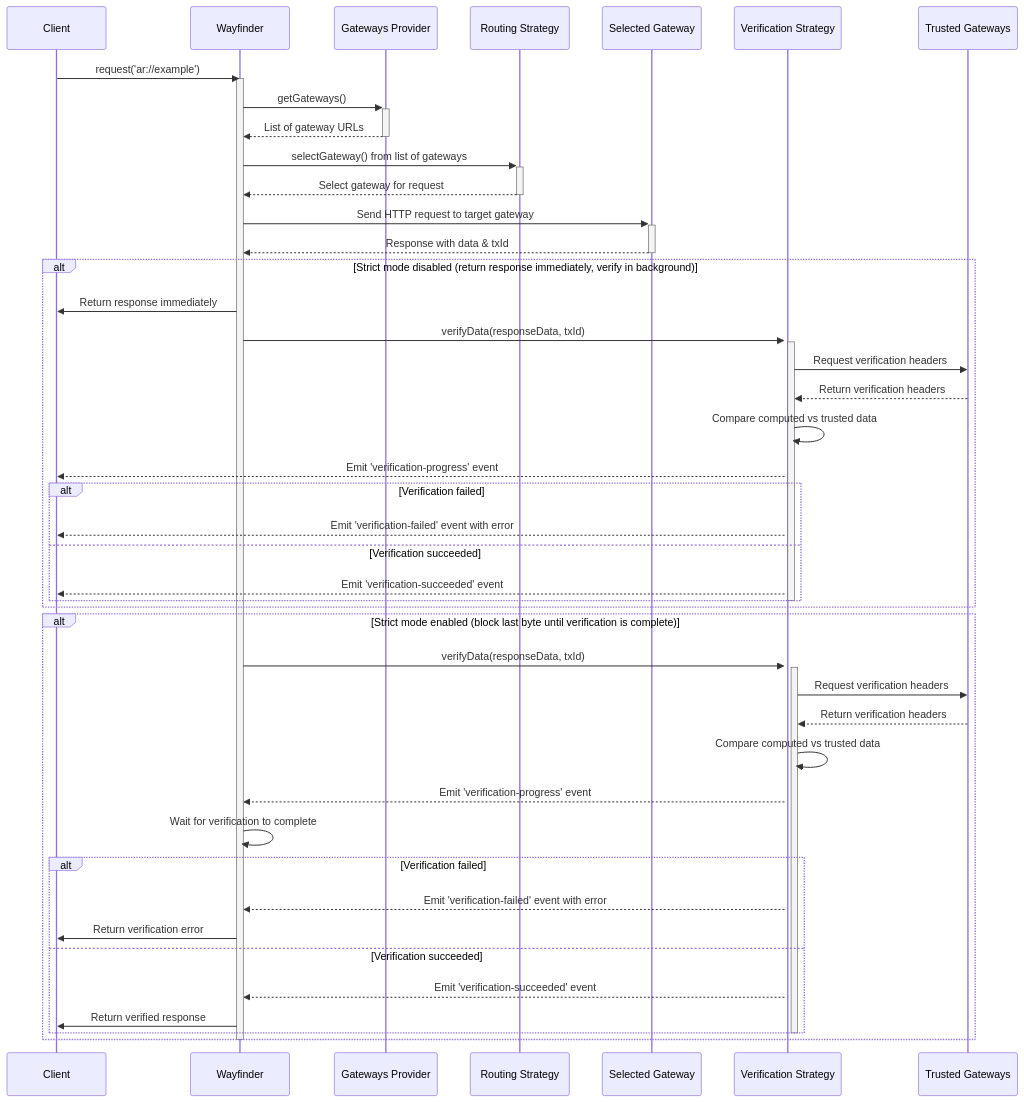
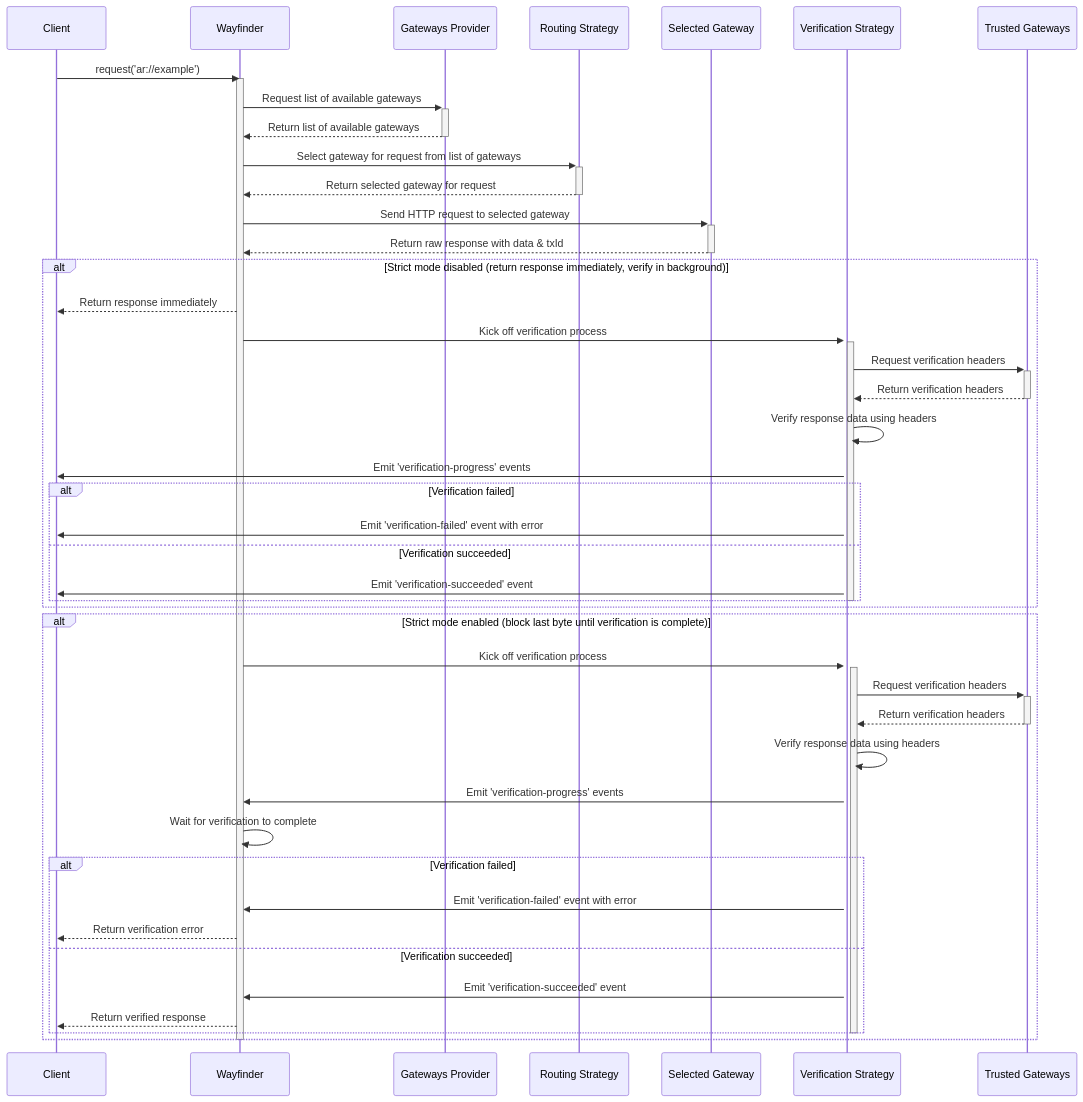
The diagram in WAYFINDER.md (ar-io/ar-io-sdk), drawn with Mermaid before and after one commit.

Commit message:
chore(docs): update WAYFINDER.md with latest

````diff
--- a/WAYFINDER.md
+++ b/WAYFINDER.md
@@ -346,61 +346,59 @@
 ```mermaid
 sequenceDiagram
     participant Client
     participant Wayfinder
     participant Gateways Provider
     participant Routing Strategy
     participant Selected Gateway
     participant Verification Strategy
     participant Trusted Gateways
 
     Client->>Wayfinder: request('ar://example')
     activate Wayfinder
 
-    Wayfinder->>+Gateways Provider: getGateways()
-    Gateways Provider-->>-Wayfinder: List of gateway URLs
+    Wayfinder->>+Gateways Provider: Request list of available gateways
+    Gateways Provider-->>-Wayfinder: Return list of available gateways
 
-    Wayfinder->>+Routing Strategy: selectGateway() from list of gateways
-    Routing Strategy-->>-Wayfinder: Select gateway for request
+    Wayfinder->>+Routing Strategy: Select gateway for request from list of gateways
+    Routing Strategy-->>-Wayfinder: Return selected gateway for request
 
-    Wayfinder->>+Selected Gateway: Send HTTP request to target gateway
-    Selected Gateway-->>-Wayfinder: Response with data & txId
-
-
+    Wayfinder->>+Selected Gateway: Send HTTP request to selected gateway
+    Selected Gateway-->>-Wayfinder: Return raw response with data & txId
 
     alt Strict mode disabled (return response immediately, verify in background)
-        Wayfinder->>Client: Return response immediately
+        Wayfinder-->>Client: Return response immediately
         activate Verification Strategy
-        Wayfinder->>+Verification Strategy: verifyData(responseData, txId)
-        Verification Strategy->>Trusted Gateways: Request verification headers
-        Trusted Gateways-->>Verification Strategy: Return verification headers
-        Verification Strategy->>Verification Strategy: Compare computed vs trusted data
-        Verification Strategy-->>Client: Emit 'verification-progress' event
+        Wayfinder->>+Verification Strategy: Kick off verification process
+        Verification Strategy->>+Trusted Gateways: Request verification headers
+        Trusted Gateways-->>-Verification Strategy: Return verification headers
+        Verification Strategy->>Verification Strategy: Verify response data using headers
+        Verification Strategy->>Client: Emit 'verification-progress' events
         alt Verification failed
-            Verification Strategy-->>Client: Emit 'verification-failed' event with error
+            Verification Strategy->>Client: Emit 'verification-failed' event with error
         else Verification succeeded
-            Verification Strategy-->>Client: Emit 'verification-succeeded' event
+            Verification Strategy->>Client: Emit 'verification-succeeded' event
         end
         deactivate Verification Strategy
     end
 
     alt Strict mode enabled (block last byte until verification is complete)
-        Wayfinder->>+Verification Strategy: verifyData(responseData, txId)
+        Wayfinder->>+Verification Strategy: Kick off verification process
         activate Verification Strategy
-        Verification Strategy->>Trusted Gateways: Request verification headers
-        Trusted Gateways-->>Verification Strategy: Return verification headers
-        Verification Strategy->>Verification Strategy: Compare computed vs trusted data
-        Verification Strategy-->>Wayfinder: Emit 'verification-progress' event
+        Verification Strategy->>+Trusted Gateways: Request verification headers
+        Trusted Gateways-->>-Verification Strategy: Return verification headers
+        Verification Strategy->>Verification Strategy: Verify response data using headers
+        Verification Strategy->>Wayfinder: Emit 'verification-progress' events
         Wayfinder->>Wayfinder: Wait for verification to complete
         alt Verification failed
-            Verification Strategy-->>Wayfinder: Emit 'verification-failed' event with error
-            Wayfinder->>Client: Return verification error
+            Verification Strategy->>Wayfinder: Emit 'verification-failed' event with error
+            Wayfinder-->>Client: Return verification error
         else Verification succeeded
-            Verification Strategy-->>Wayfinder: Emit 'verification-succeeded' event
-            Wayfinder->>Client: Return verified response
+            Verification Strategy->>Wayfinder: Emit 'verification-succeeded' event
+            Wayfinder-->>Client: Return verified response
         end
         deactivate Verification Strategy
       end
 
 
     deactivate Wayfinder
 ```
````
